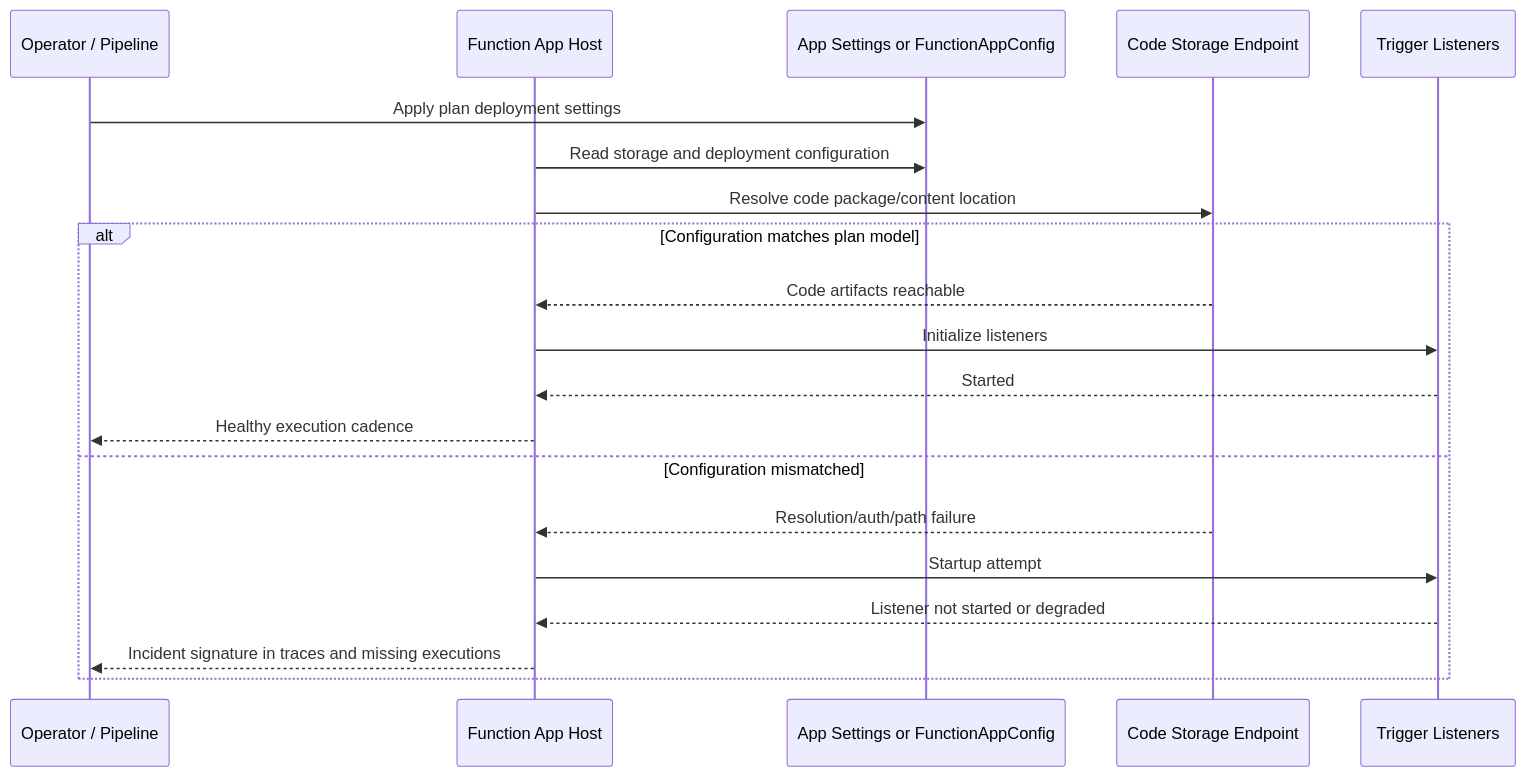
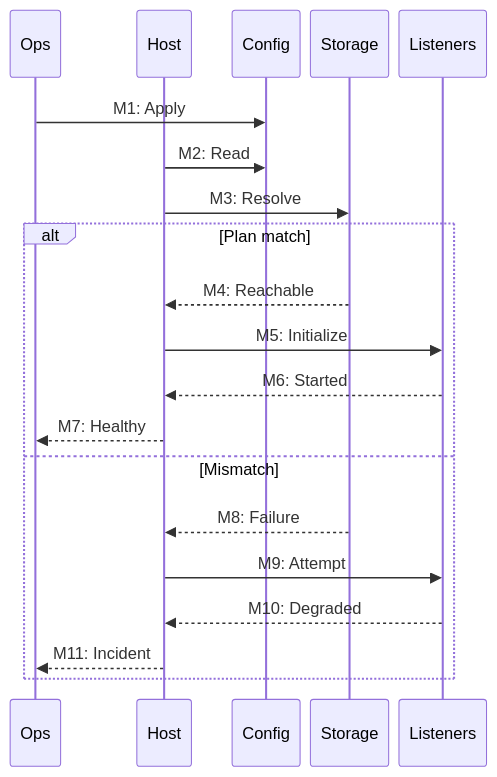
One commit to yeongseon/azure-functions-practical-guide changed the second of 5 diagrams in docs/troubleshooting/lab-guides/code-storage-verification.md. Above: the diagram before and after it, drawn with Mermaid. The commit also changed other lines of this file and 1 other file, not shown here.

First line of the commit message:
docs(diagrams): migrate Functions lab storage network auth — code storage verification (#439)

````diff
--- a/docs/troubleshooting/lab-guides/code-storage-verification.md
+++ b/docs/troubleshooting/lab-guides/code-storage-verification.md
@@ -212,24 +224,27 @@
 ```mermaid
+%%{init: {'sequence': {'actorMargin': 10, 'width': 45, 'diagramMarginX': 5, 'messageMargin': 20}}}%%
 sequenceDiagram
-    participant Ops as Operator / Pipeline
-    participant App as Function App Host
-    participant Config as App Settings or FunctionAppConfig
-    participant Store as Code Storage Endpoint
-    participant Triggers as Trigger Listeners
+    accTitle: Illustrative code storage startup sequence
+    accDescr: Logical matching and mismatched configuration paths retain the operator, host, configuration, code storage and listener roles. Not a protocol trace or a new lab result; symptoms depend on the plan and fault.
+    participant Ops as Ops
+    participant App as Host
+    participant Config as Config
+    participant Store as Storage
+    participant Triggers as Listeners
 
-    Ops->>Config: Apply plan deployment settings
-    App->>Config: Read storage and deployment configuration
-    App->>Store: Resolve code package/content location
+    Ops->>Config: M1: Apply
+    App->>Config: M2: Read
+    App->>Store: M3: Resolve
 
-    alt Configuration matches plan model
-        Store-->>App: Code artifacts reachable
-        App->>Triggers: Initialize listeners
-        Triggers-->>App: Started
-        App-->>Ops: Healthy execution cadence
-    else Configuration mismatched
-        Store-->>App: Resolution/auth/path failure
-        App->>Triggers: Startup attempt
-        Triggers-->>App: Listener not started or degraded
-        App-->>Ops: Incident signature in traces and missing executions
+    alt Plan match
+        Store-->>App: M4: Reachable
+        App->>Triggers: M5: Initialize
+        Triggers-->>App: M6: Started
+        App-->>Ops: M7: Healthy
+    else Mismatch
+        Store-->>App: M8: Failure
+        App->>Triggers: M9: Attempt
+        Triggers-->>App: M10: Degraded
+        App-->>Ops: M11: Incident
     end
 ```
````
